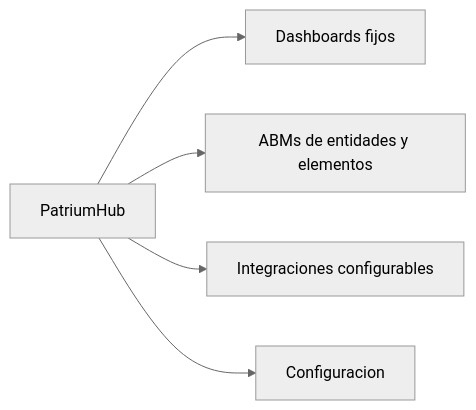
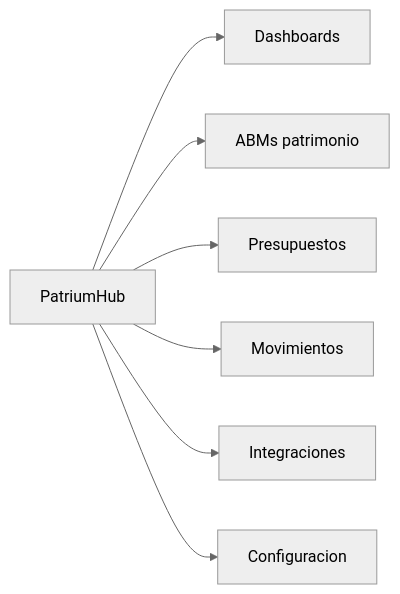
The diagram in 06-ui-ux.md (PatriumHub/Arquitectura), drawn with Mermaid (neutral theme) before and after one commit. The commit also changed other lines of this file and 8 other files, not shown here.

````diff
--- a/06-ui-ux.md
+++ b/06-ui-ux.md
@@ -7,7 +9,9 @@
 ```mermaid
 flowchart LR
-  Brand[PatriumHub] --> Dash[Dashboards fijos]
-  Brand --> Master[ABMs de entidades y elementos]
-  Brand --> Int[Integraciones configurables]
+  Brand[PatriumHub] --> Dash[Dashboards]
+  Brand --> Master[ABMs patrimonio]
+  Brand --> Budgets[Presupuestos]
+  Brand --> Tx[Movimientos]
+  Brand --> Int[Integraciones]
   Brand --> Config[Configuracion]
 ```
````
